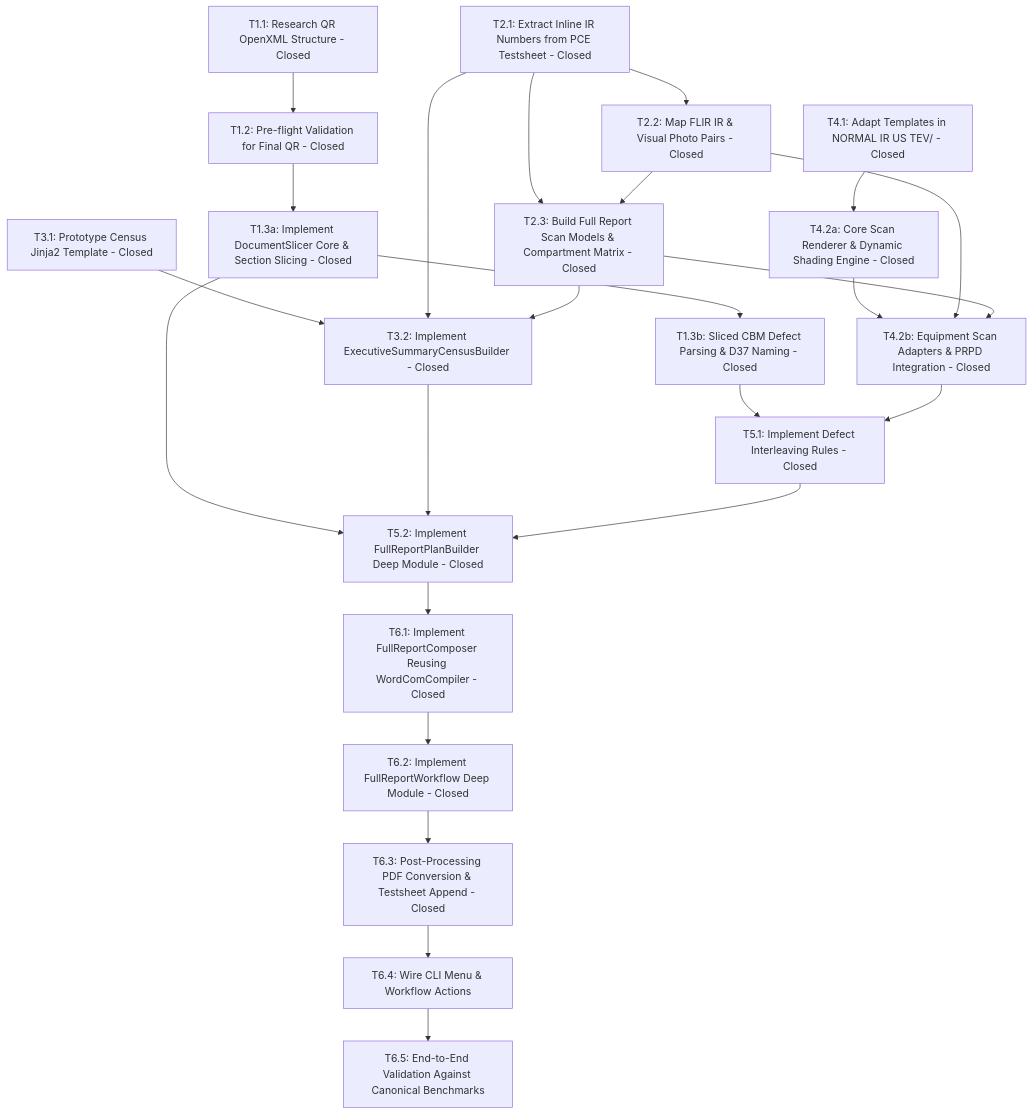
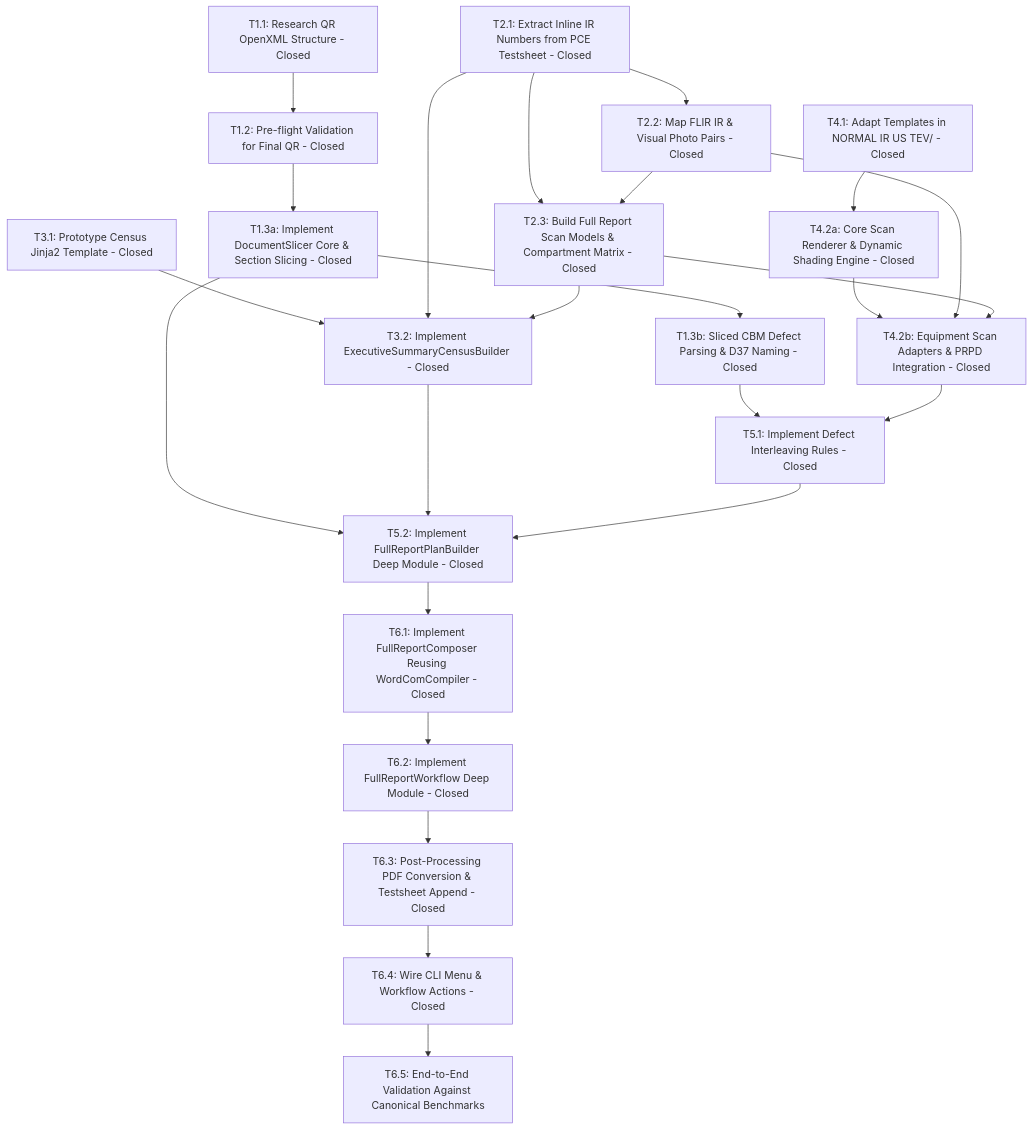
Before and after one commit to adamlarGit/pahang-cli: the diagram in .wayfinder/full-report-map/map.md, drawn with Mermaid. The commit also changed other lines of this file and 1 other file, not shown here.

````diff
--- a/.wayfinder/full-report-map/map.md
+++ b/.wayfinder/full-report-map/map.md
@@ -125,32 +125,32 @@
 ```mermaid
 graph TD
     T1_1[T1.1: Research QR OpenXML Structure - Closed] --> T1_2[T1.2: Pre-flight Validation for Final QR - Closed]
     T1_2 --> T1_3a[T1.3a: Implement DocumentSlicer Core & Section Slicing - Closed]
     T1_3a --> T1_3b[T1.3b: Sliced CBM Defect Parsing & D37 Naming - Closed]
     
     T2_1[T2.1: Extract Inline IR Numbers from PCE Testsheet - Closed] --> T2_2[T2.2: Map FLIR IR & Visual Photo Pairs - Closed]
     T2_1 --> T2_3[T2.3: Build Full Report Scan Models & Compartment Matrix - Closed]
     T2_2 --> T2_3
     
     T3_1[T3.1: Prototype Census Jinja2 Template - Closed] --> T3_2[T3.2: Implement ExecutiveSummaryCensusBuilder - Closed]
     T2_1 --> T3_2
     T2_3 --> T3_2
     
     T4_1[T4.1: Adapt Templates in NORMAL IR US TEV/ - Closed] --> T4_2a[T4.2a: Core Scan Renderer & Dynamic Shading Engine - Closed]
     T4_2a --> T4_2b[T4.2b: Equipment Scan Adapters & PRPD Integration - Closed]
     T2_2 --> T4_2b
     T2_3 --> T4_2b
     
     T1_3b --> T5_1[T5.1: Implement Defect Interleaving Rules - Closed]
     T4_2b --> T5_1
     
     T1_3a --> T5_2[T5.2: Implement FullReportPlanBuilder Deep Module - Closed]
     T3_2 --> T5_2
     T5_1 --> T5_2
     
     T5_2 --> T6_1[T6.1: Implement FullReportComposer Reusing WordComCompiler - Closed]
     T6_1 --> T6_2[T6.2: Implement FullReportWorkflow Deep Module - Closed]
     T6_2 --> T6_3[T6.3: Post-Processing PDF Conversion & Testsheet Append - Closed]
-    T6_3 --> T6_4[T6.4: Wire CLI Menu & Workflow Actions]
+    T6_3 --> T6_4[T6.4: Wire CLI Menu & Workflow Actions - Closed]
     T6_4 --> T6_5[T6.5: End-to-End Validation Against Canonical Benchmarks]
 ```
````
